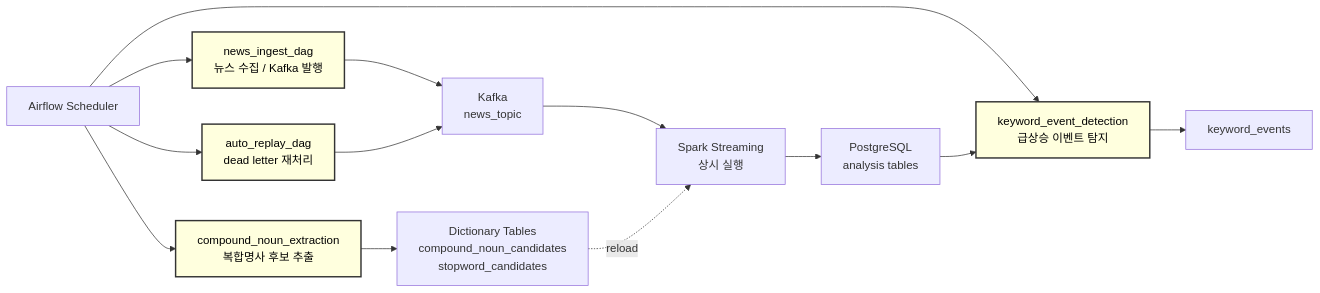
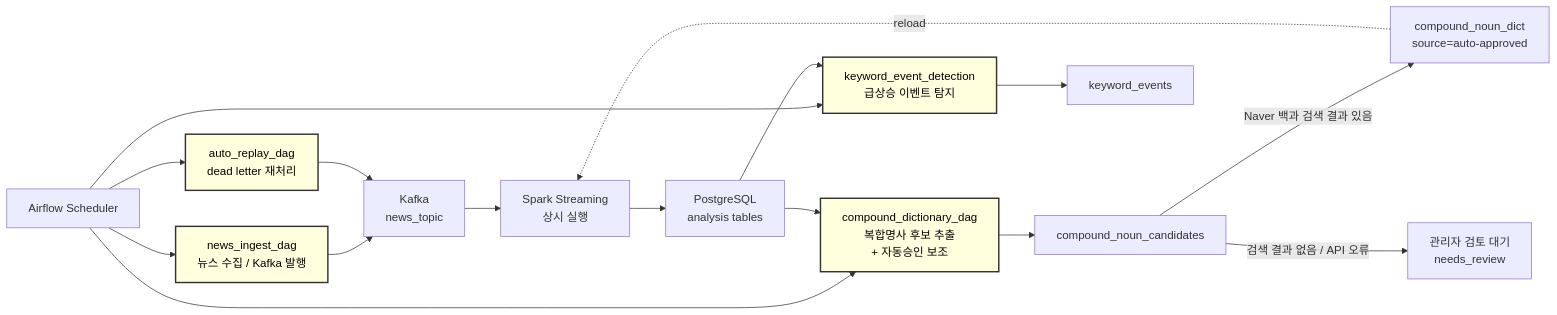
The first of 6 diagrams in docs/develop/Q3_AIRFLOW_DAG.md (yeongmin-yu/news-trend-pipeline-dev), drawn with Mermaid before and after one commit. The commit also changed other lines of this file, not shown here.

Commit message:
docs: update Airflow DAG spec for compound dictionary DAG

````diff
--- a/docs/develop/Q3_AIRFLOW_DAG.md
+++ b/docs/develop/Q3_AIRFLOW_DAG.md
@@ -23,23 +23,26 @@
 ```mermaid
 flowchart LR
     A["Airflow Scheduler"] --> B["news_ingest_dag<br/>뉴스 수집 / Kafka 발행"]
     A --> C["auto_replay_dag<br/>dead letter 재처리"]
-    A --> D["compound_noun_extraction<br/>복합명사 후보 추출"]
+    A --> D["compound_dictionary_dag<br/>복합명사 후보 추출<br/>+ 자동승인 보조"]
     A --> E["keyword_event_detection<br/>급상승 이벤트 탐지"]
 
     B --> K["Kafka<br/>news_topic"]
     C --> K
 
     K --> S["Spark Streaming<br/>상시 실행"]
     S --> DB["PostgreSQL<br/>analysis tables"]
 
-    D --> DICT["Dictionary Tables<br/>compound_noun_candidates<br/>stopword_candidates"]
+    DB --> D
+    D --> CAND["compound_noun_candidates"]
+    CAND -->|"Naver 백과 검색 결과 있음"| DICT["compound_noun_dict<br/>source=auto-approved"]
+    CAND -->|"검색 결과 없음 / API 오류"| REVIEW["관리자 검토 대기<br/>needs_review"]
     DICT -. reload .-> S
 
     DB --> E
     E --> EV["keyword_events"]
     style B fill:#ffffde,stroke:#333,stroke-width:2px,color:black
     style C fill:#ffffde,stroke:#333,stroke-width:2px,color:black
     style D fill:#ffffde,stroke:#333,stroke-width:2px,color:black
     style E fill:#ffffde,stroke:#333,stroke-width:2px,color:black
 ```
````
